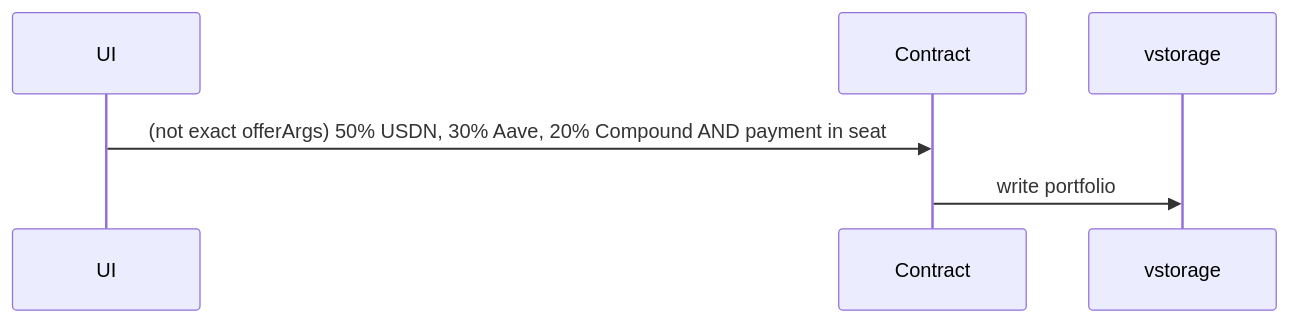
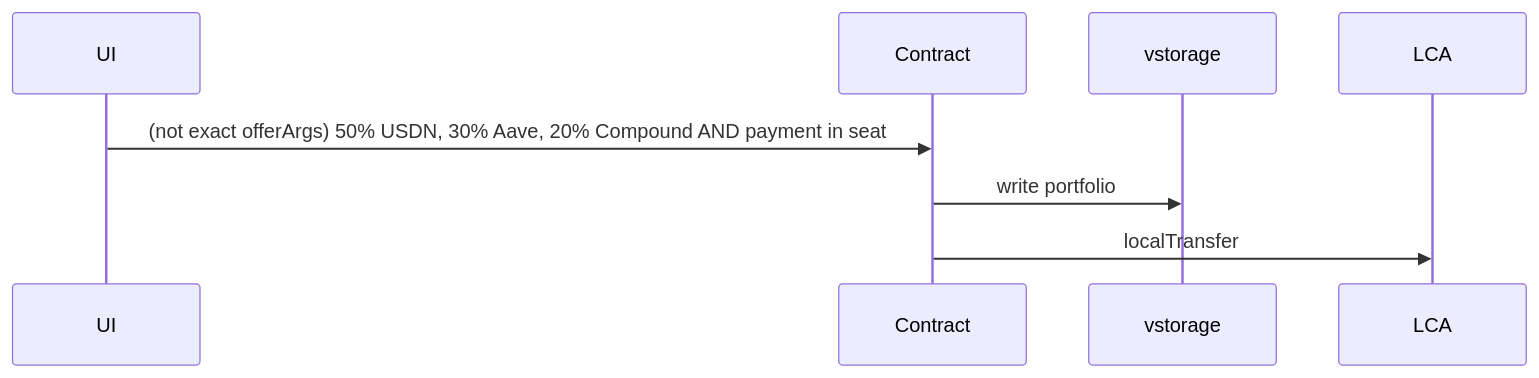
The fourth of 7 diagrams in packages/portfolio-contract/DESIGN-MVP.md (Agoric/agoric-sdk), drawn with Mermaid before and after one commit. The commit also changed other lines of this file, not shown here.

Commit message:
docs(portfolio-contract): update docs with some simplication

````diff
--- a/packages/portfolio-contract/DESIGN-MVP.md
+++ b/packages/portfolio-contract/DESIGN-MVP.md
@@ -49,5 +50,6 @@
 ```mermaid
 sequenceDiagram
   UI ->> Contract: (not exact offerArgs) 50% USDN, 30% Aave, 20% Compound AND payment in seat
   Contract ->> vstorage: write portfolio
+  Contract ->> LCA: localTransfer
 ```
````
